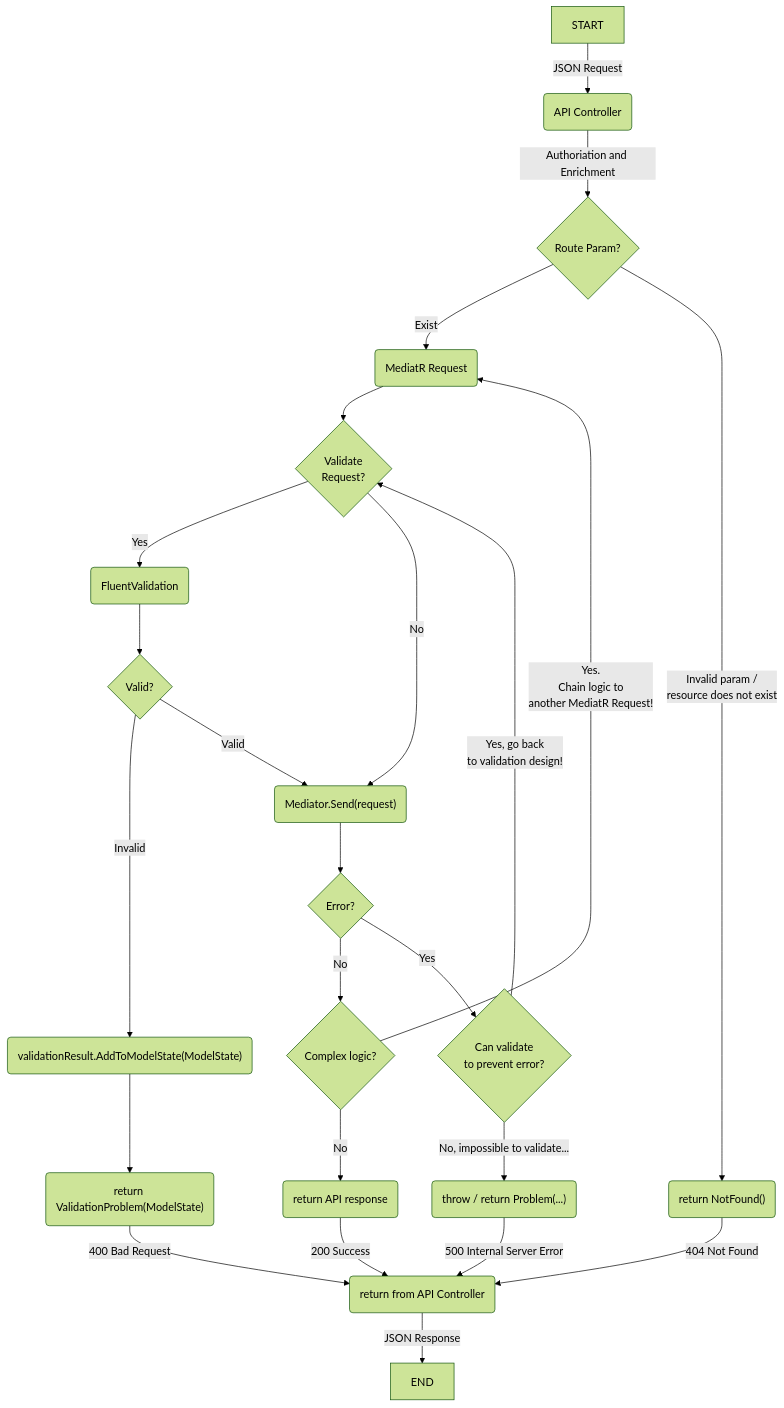
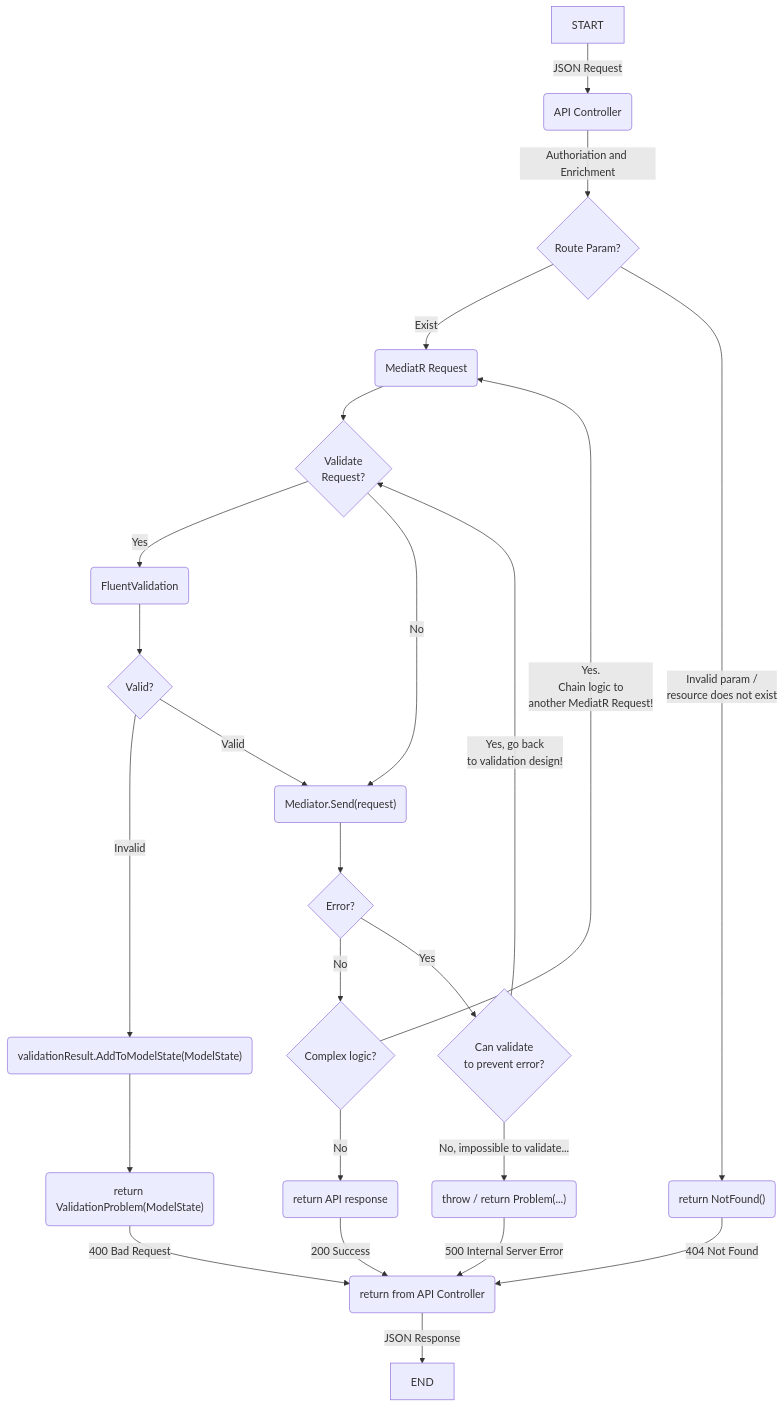
One commit to accelist/Accelist.WebApiStandard changed the diagram in README.md. Above: the diagram before and after it, drawn with Mermaid.

Commit message:
Undo using forest theme

````diff
--- a/README.md
+++ b/README.md
@@ -64,27 +64,26 @@
 ```mermaid
-%%{init: {'theme': 'forest' } }%%
 graph TD
     START -->|JSON Request| A(API Controller)
     A -->|Authoriation and Enrichment| R{Route Param?}
     R -->|Exist| B(MediatR Request)
     R -->|Invalid param / <br/> resource does not exist| R404("return NotFound()")
     R404 --> |404 Not Found| BACK
     B --> C{Validate<br/>Request?}
     C -->|Yes| D1(FluentValidation)
     C -->|No| F2
     D1 --> E{Valid?}
     E -->|Invalid| F400("validationResult.AddToModelState(ModelState)")
     E -->|Valid| F2
     F400 --> G400("return ValidationProblem(ModelState)")
     G400 -->|400 Bad Request| BACK
     F2("Mediator.Send(request)") --> G{Error?}
     G --> |No|H{Complex logic?}
     G --> |Yes|H500{Can validate<br/>to prevent error?}
     H --> |Yes.<br/>Chain logic to<br/>another MediatR Request!|B
     H --> |No|I200(return API response)
     I200 --> |200 Success| BACK
     H500 --> |Yes, go back <br/> to validation design!|C
     H500 --> |No, impossible to validate...|I500("throw / return Problem(...)")
     I500 --> |500 Internal Server Error| BACK(return from API Controller)
     BACK --> |JSON Response| END
 ```
````
